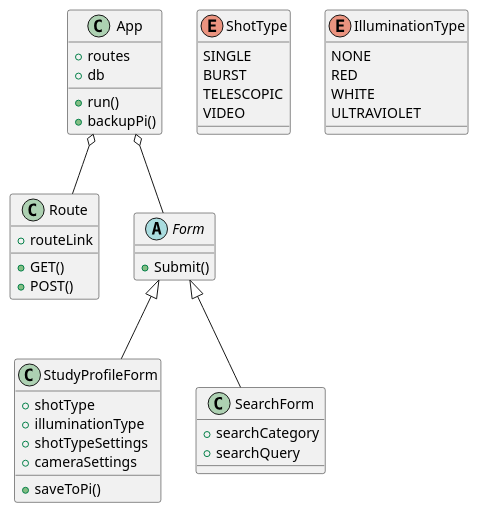
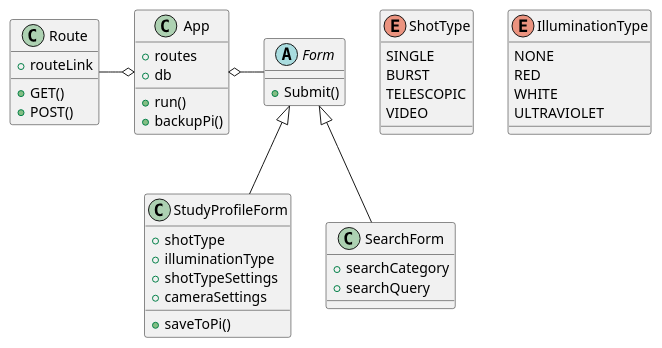
The diagram in M.O.S.I.S_Host_Software/Reports/Progress_Report_3/Main_Document/Figures/class_diagram.pu (fabiomatos999/M.O.S.I.S), drawn with PlantUML before and after one commit. The commit also changed 2 other files, not shown here.

Commit message:
Fix class diagram size.

```diff
--- a/M.O.S.I.S_Host_Software/Reports/Progress_Report_3/Main_Document/Figures/class_diagram.pu
+++ b/M.O.S.I.S_Host_Software/Reports/Progress_Report_3/Main_Document/Figures/class_diagram.pu
@@ -1,43 +1,43 @@
 @startuml
 class App {
 	+ routes
 	+ db
 	+ run()
 	+ backupPi()
 }
 class Route {
 	+ routeLink
 	+ GET()
 	+ POST()
 }
 abstract Form {
 	+ Submit()
 }
 class StudyProfileForm {
 	+ shotType
 	+ illuminationType
 	+ shotTypeSettings
 	+ cameraSettings
 	+ saveToPi()
 }
 class SearchForm {
 	+ searchCategory
 	+ searchQuery
 }
 enum ShotType {
 	SINGLE
 	BURST
 	TELESCOPIC
 	VIDEO
 }
 enum IlluminationType {
 	NONE
 	RED
 	WHITE
 	ULTRAVIOLET	
 }
-App o-- Route
-App o-- Form
+App o-left- Route
+App o-right- Form
 Form <|-- StudyProfileForm
 Form <|-- SearchForm
 @enduml
```
